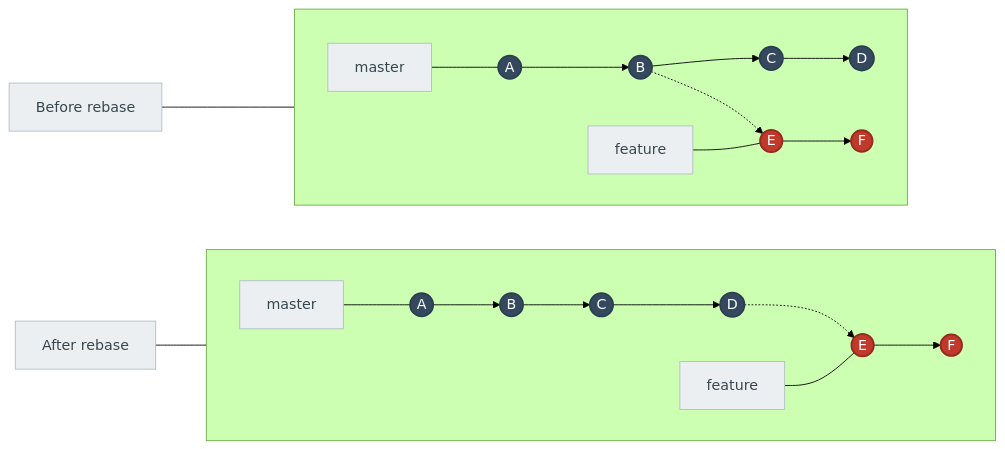
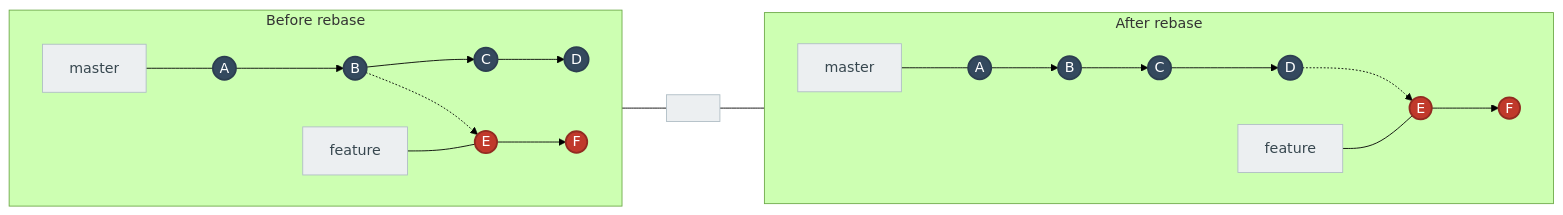
The third of 3 diagrams in docs/git-guide.md (AlexanderStephenThompson/learning-git-and-github), drawn with Mermaid (forest theme) before and after one commit. The commit also changed other lines of this file, not shown here.

Commit message:
docs: side-by-side rebase diagram

````diff
--- a/docs/git-guide.md
+++ b/docs/git-guide.md
@@ -237,31 +237,29 @@
 ```mermaid
 flowchart LR
   classDef master fill:#34495e,stroke:#2c3e50,color:#fff,stroke-width:2px;
   classDef feature fill:#c0392b,stroke:#922b21,color:#fff,stroke-width:2px;
   classDef label fill:#ECEFF1,stroke:#B0BEC5,color:#37474F;
 
-  %% Labels
-  L1["Before rebase"]:::label
-  L2["After rebase"]:::label
-
-  %% Before
-  subgraph BEFORE[ ]
+  %% Left: before rebase
+  subgraph BEFORE[Before rebase]
     direction LR
     A((A)):::master --> B((B)):::master --> C((C)):::master --> D((D)):::master
     B -.-> E((E)):::feature --> F((F)):::feature
     LB["master"]:::label --- A
     LF["feature"]:::label --- E
   end
 
-  %% After
-  subgraph AFTER[ ]
+  %% Spacer between panels
+  spacer1[" "]:::label
+
+  %% Right: after rebase
+  subgraph AFTER[After rebase]
     direction LR
     A2((A)):::master --> B2((B)):::master --> C2((C)):::master --> D2((D)):::master
     D2 -.-> E2((E)):::feature --> F2((F)):::feature
     LB2["master"]:::label --- A2
     LF2["feature"]:::label --- E2
   end
 
-  L1 --- BEFORE
-  L2 --- AFTER
+  BEFORE --- spacer1 --- AFTER
 ```
````
